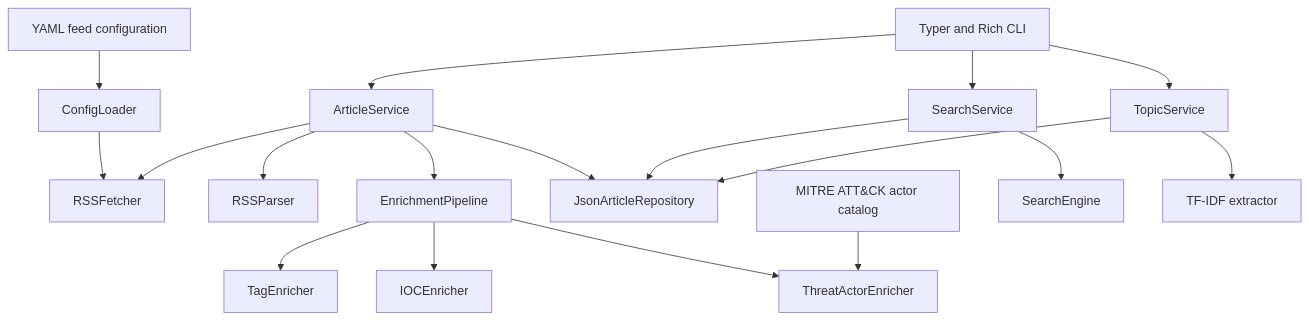
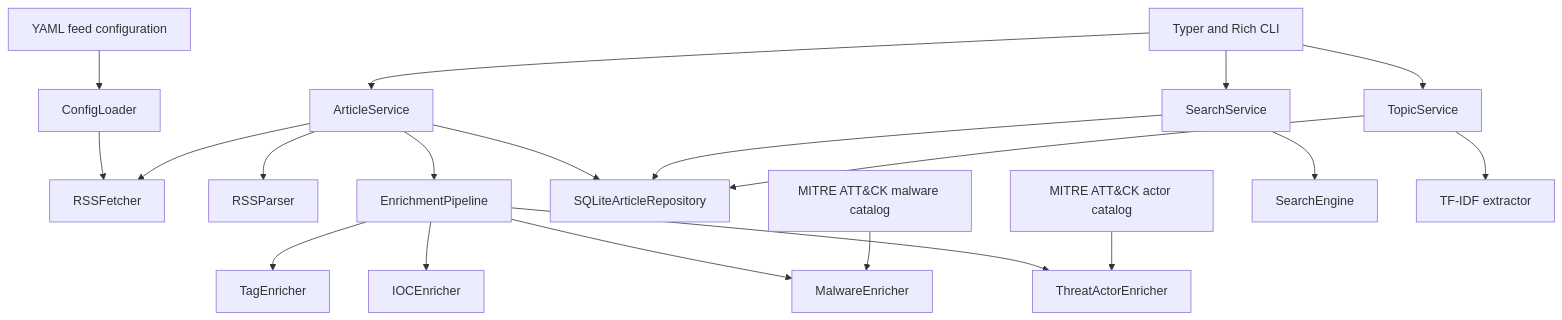
Before and after one commit to arieltoniatto/cyber-rss-reader: the diagram in README.md, drawn with Mermaid. The commit also changed other lines of this file and 66 other files, not shown here.

````diff
--- a/README.md
+++ b/README.md
@@ -131,28 +146,30 @@
 ```mermaid
 flowchart TD
     CLI[Typer and Rich CLI]
 
     CLI --> ArticleService
     CLI --> SearchService
     CLI --> TopicService
 
     FeedConfig[YAML feed configuration] --> ConfigLoader
     ConfigLoader --> RSSFetcher
 
     ArticleService --> RSSFetcher
     ArticleService --> RSSParser
     ArticleService --> EnrichmentPipeline
-    ArticleService --> Repository[JsonArticleRepository]
+    ArticleService --> Repository[SQLiteArticleRepository]
 
     EnrichmentPipeline --> TagEnricher
     EnrichmentPipeline --> IOCEnricher
+    EnrichmentPipeline --> MalwareEnricher
     EnrichmentPipeline --> ThreatActorEnricher
 
+    MalwareCatalog[MITRE ATT&CK malware catalog] --> MalwareEnricher
     ThreatActorCatalog[MITRE ATT&CK actor catalog] --> ThreatActorEnricher
 
     SearchService --> Repository
     SearchService --> SearchEngine
 
     TopicService --> Repository
     TopicService --> TFIDF[TF-IDF extractor]
 ```
````
